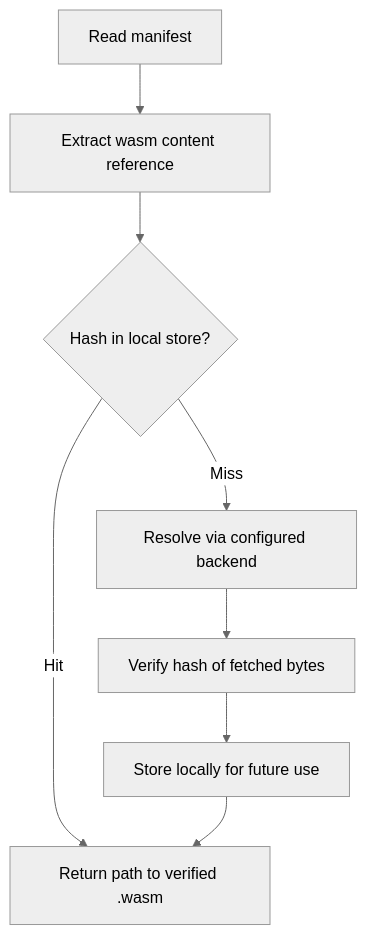
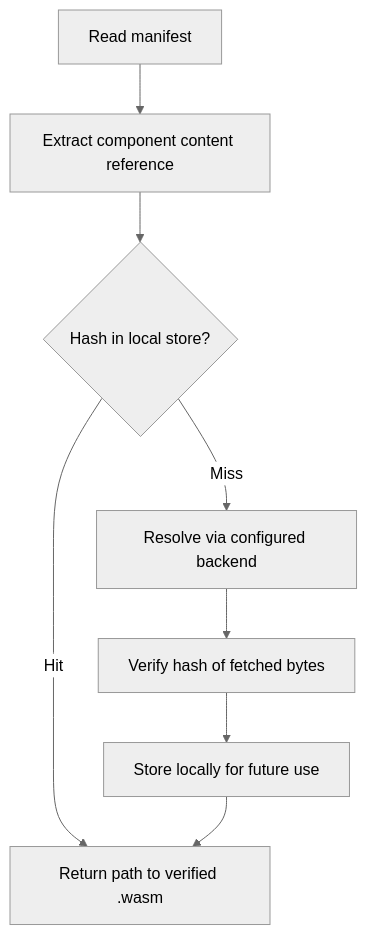
One commit to bleu/nullis-shepherd changed the first of 3 diagrams in docs/02-modules-events-packaging.md. Above: the diagram before and after it, drawn with Mermaid (neutral theme). The commit also changed other lines of this file and 45 other files, not shown here.

````diff
--- a/docs/02-modules-events-packaging.md
+++ b/docs/02-modules-events-packaging.md
@@ -107,10 +121,10 @@
 ```mermaid
 flowchart TD
-    A[Read manifest] --> B[Extract wasm content reference]
+    A[Read manifest] --> B[Extract component content reference]
     B --> C{Hash in local store?}
     C -->|Hit| F[Return path to verified .wasm]
     C -->|Miss| D[Resolve via configured backend]
     D --> E[Verify hash of fetched bytes]
     E --> G[Store locally for future use]
     G --> F
 ```
````
